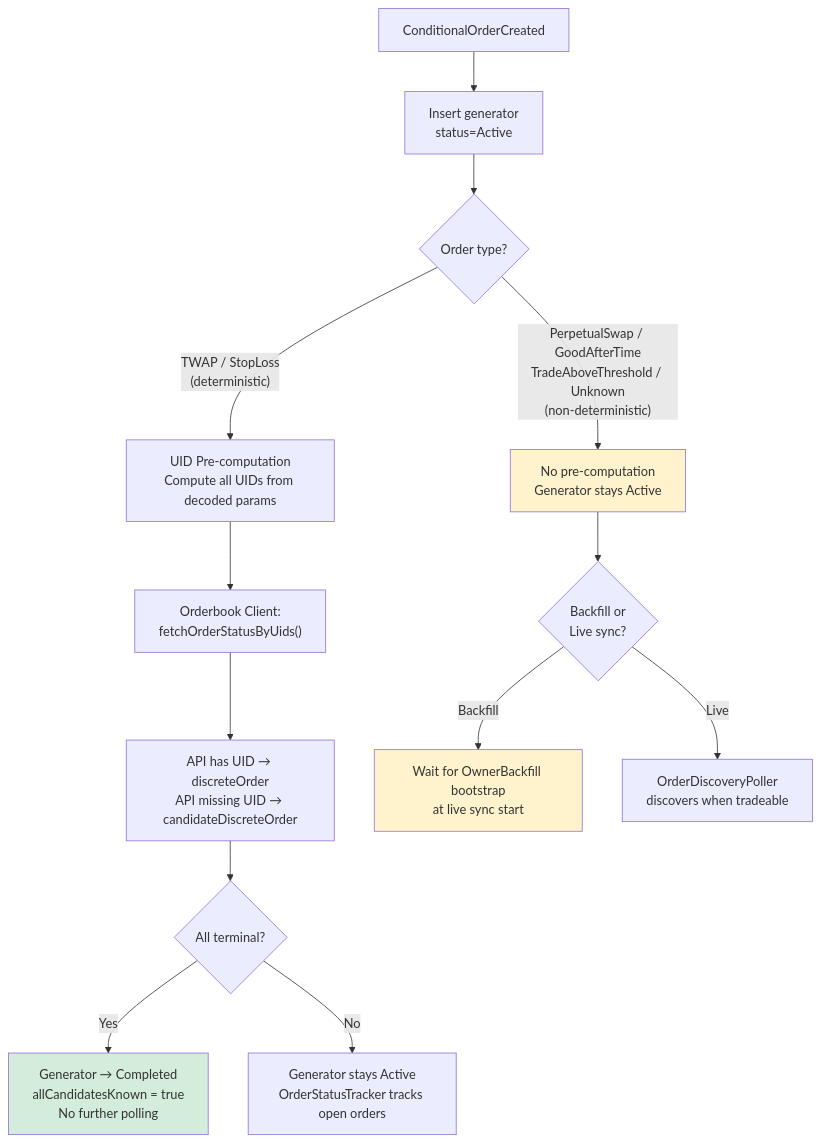
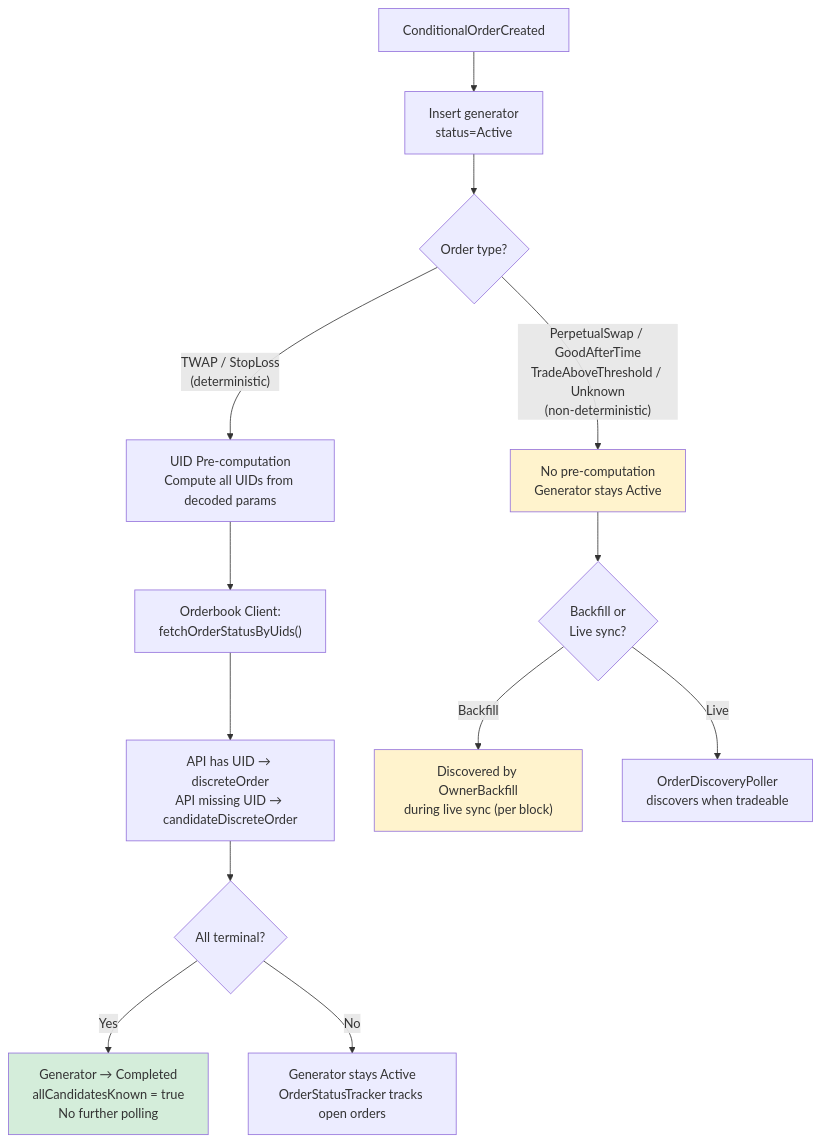
Before and after one commit to bleu/cow-programmatic-orders-api: the second of 7 diagrams in agent_docs/orderbook-integration-flow.md, drawn with Mermaid. The commit also changed other lines of this file and 12 other files, not shown here.

````diff
--- a/agent_docs/orderbook-integration-flow.md
+++ b/agent_docs/orderbook-integration-flow.md
@@ -481,23 +481,23 @@
 ```mermaid
 flowchart TD
     E["ConditionalOrderCreated"] --> Insert["Insert generator<br/>status=Active"]
 
     Insert --> Check{"Order type?"}
 
     Check -->|"TWAP / StopLoss<br/>(deterministic)"| Pre["UID Pre-computation<br/>Compute all UIDs from decoded params"]
     Check -->|"PerpetualSwap / GoodAfterTime<br/>TradeAboveThreshold / Unknown<br/>(non-deterministic)"| Skip["No pre-computation<br/>Generator stays Active"]
 
     Pre --> API["Orderbook Client:<br/>fetchOrderStatusByUids()"]
     API --> Upsert["API has UID → discreteOrder<br/>API missing UID → candidateDiscreteOrder"]
     Upsert --> Term{"All terminal?"}
     Term -->|Yes| Deactivate["Generator → Completed<br/>allCandidatesKnown = true<br/>No further polling"]
     Term -->|No| Active["Generator stays Active<br/>OrderStatusTracker tracks open orders"]
 
     Skip --> BackfillQ{"Backfill or<br/>Live sync?"}
-    BackfillQ -->|Backfill| Wait["Wait for OwnerBackfill bootstrap<br/>at live sync start"]
+    BackfillQ -->|Backfill| Wait["Discovered by OwnerBackfill<br/>during live sync (per block)"]
     BackfillQ -->|Live| Poll["OrderDiscoveryPoller<br/>discovers when tradeable"]
 
     style Deactivate fill:#d4edda
     style Skip fill:#fff3cd
     style Wait fill:#fff3cd
 ```
````
